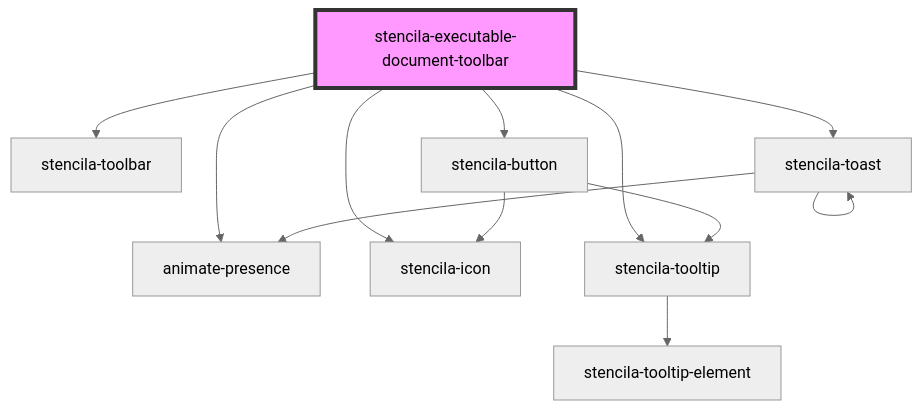
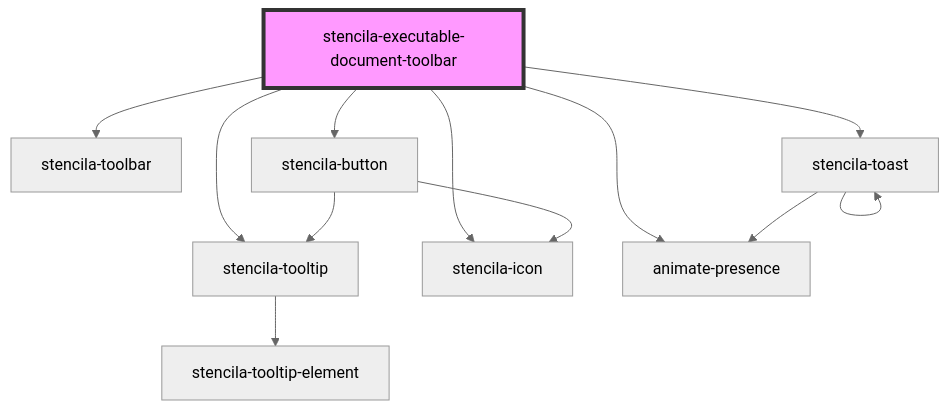
One commit to stencila/designa changed the diagram in packages/components/src/components/executableDocumentToolbar/readme.md. Above: the diagram before and after it, drawn with Mermaid (neutral theme). The commit also changed other lines of this file and 3 other files, not shown here.

````diff
--- a/packages/components/src/components/executableDocumentToolbar/readme.md
+++ b/packages/components/src/components/executableDocumentToolbar/readme.md
@@ -36,15 +36,15 @@
 ```mermaid
 graph TD;
+  stencila-executable-document-toolbar --> stencila-tooltip
+  stencila-executable-document-toolbar --> stencila-icon
   stencila-executable-document-toolbar --> stencila-toolbar
   stencila-executable-document-toolbar --> stencila-button
   stencila-executable-document-toolbar --> animate-presence
   stencila-executable-document-toolbar --> stencila-toast
-  stencila-executable-document-toolbar --> stencila-icon
-  stencila-executable-document-toolbar --> stencila-tooltip
+  stencila-tooltip --> stencila-tooltip-element
   stencila-button --> stencila-icon
   stencila-button --> stencila-tooltip
-  stencila-tooltip --> stencila-tooltip-element
   stencila-toast --> animate-presence
   stencila-toast --> stencila-toast
   style stencila-executable-document-toolbar fill:#f9f,stroke:#333,stroke-width:4px
 ```
````
